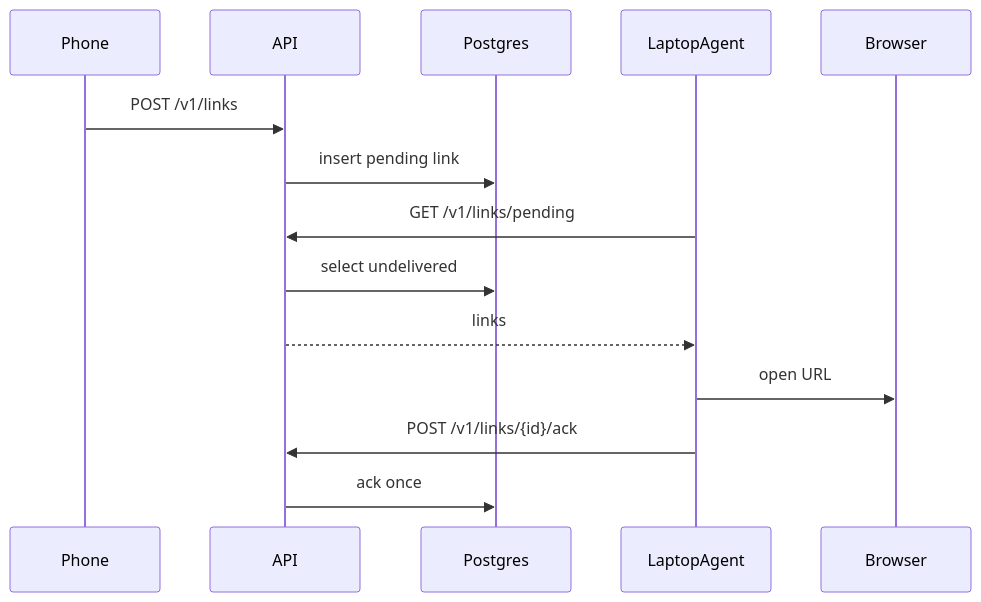
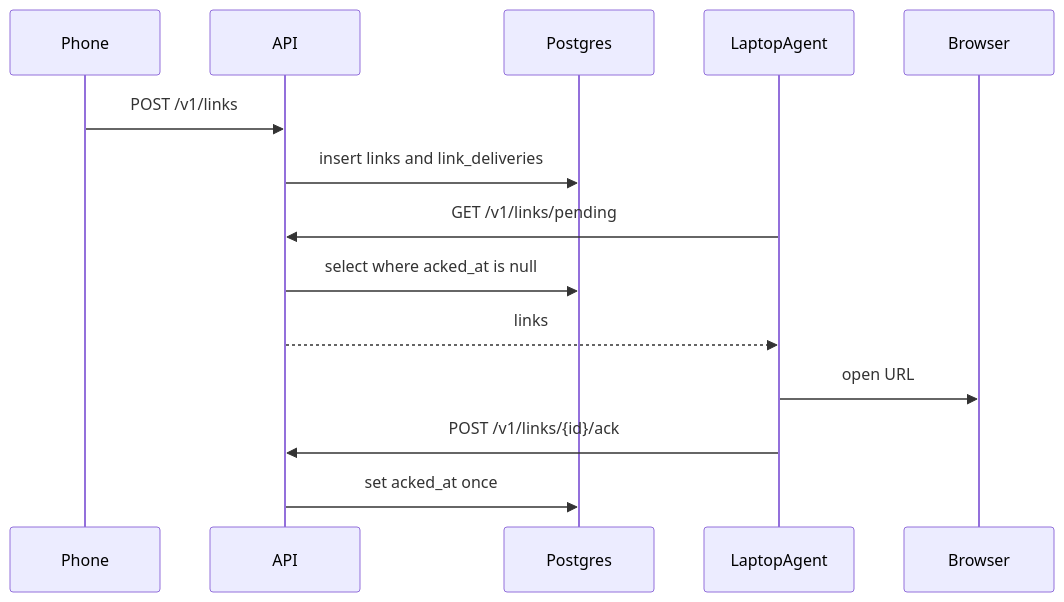
The diagram in docs/architecture.md (shashankxrm/deskdrop), drawn with Mermaid before and after one commit. The commit also changed other lines of this file and 15 other files, not shown here.

First line of the commit message:
Add local Compose Postgres schema and treat the DB as the delivery queue.

````diff
--- a/docs/architecture.md
+++ b/docs/architecture.md
@@ -22,16 +26,16 @@
 ```mermaid
 sequenceDiagram
   participant Phone
   participant API
   participant PG as Postgres
   participant Agent as LaptopAgent
   participant Browser
   Phone->>API: POST /v1/links
-  API->>PG: insert pending link
+  API->>PG: insert links and link_deliveries
   Agent->>API: GET /v1/links/pending
-  API->>PG: select undelivered
+  API->>PG: select where acked_at is null
   API-->>Agent: links
   Agent->>Browser: open URL
   Agent->>API: POST /v1/links/{id}/ack
-  API->>PG: ack once
+  API->>PG: set acked_at once
 ```
````
